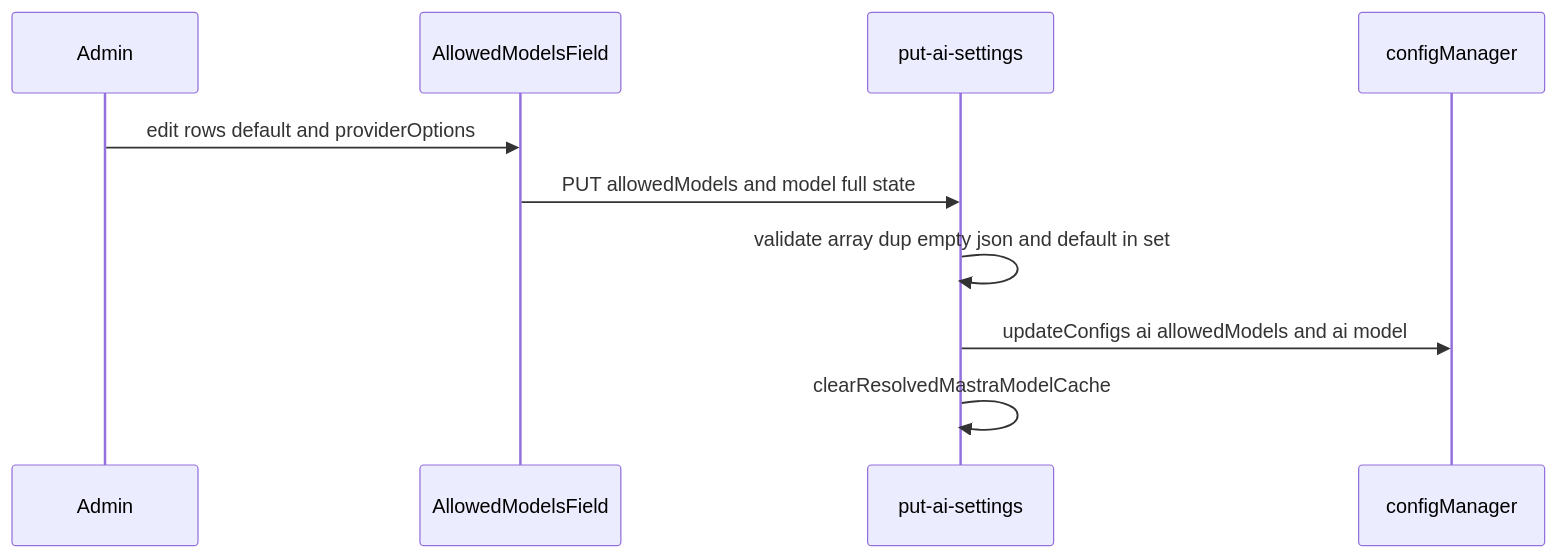
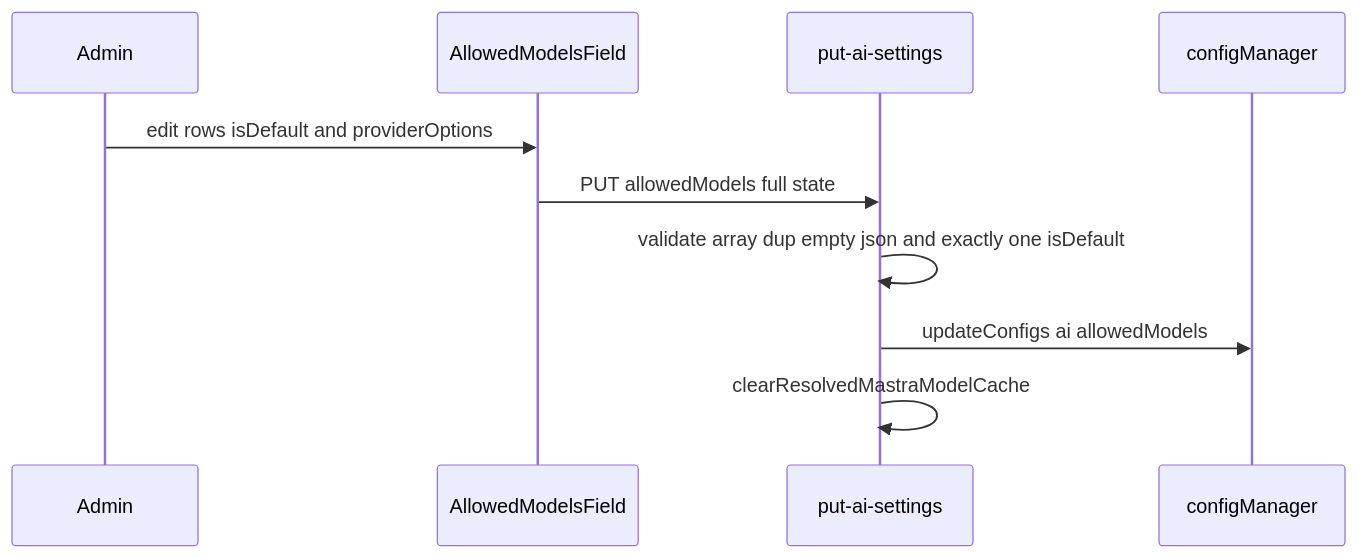
The third of 4 diagrams in .kiro/specs/mastra-multi-model-chat/design.md (growilabs/growi), drawn with Mermaid before and after one commit. The commit also changed other lines of this file and 2 other files, not shown here.

First line of the commit message:
Update research documentation and spec for mastra-multi-model-chat

````diff
--- a/.kiro/specs/mastra-multi-model-chat/design.md
+++ b/.kiro/specs/mastra-multi-model-chat/design.md
@@ -163,12 +165,12 @@
 ```mermaid
 sequenceDiagram
   participant Ad as Admin
   participant F as AllowedModelsField
   participant Put as put-ai-settings
   participant Cfg as configManager
-  Ad->>F: edit rows default and providerOptions
-  F->>Put: PUT allowedModels and model full state
-  Put->>Put: validate array dup empty json and default in set
-  Put->>Cfg: updateConfigs ai allowedModels and ai model
+  Ad->>F: edit rows isDefault and providerOptions
+  F->>Put: PUT allowedModels full state
+  Put->>Put: validate array dup empty json and exactly one isDefault
+  Put->>Cfg: updateConfigs ai allowedModels
   Put->>Put: clearResolvedMastraModelCache
 ```
````
